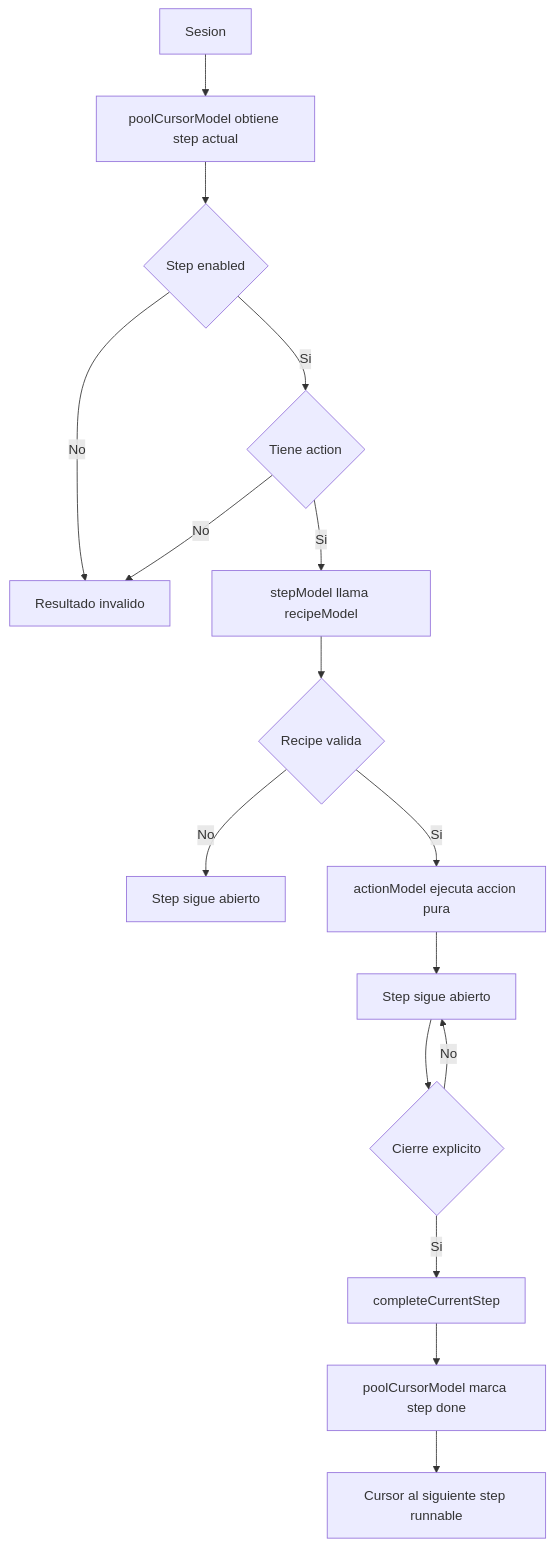
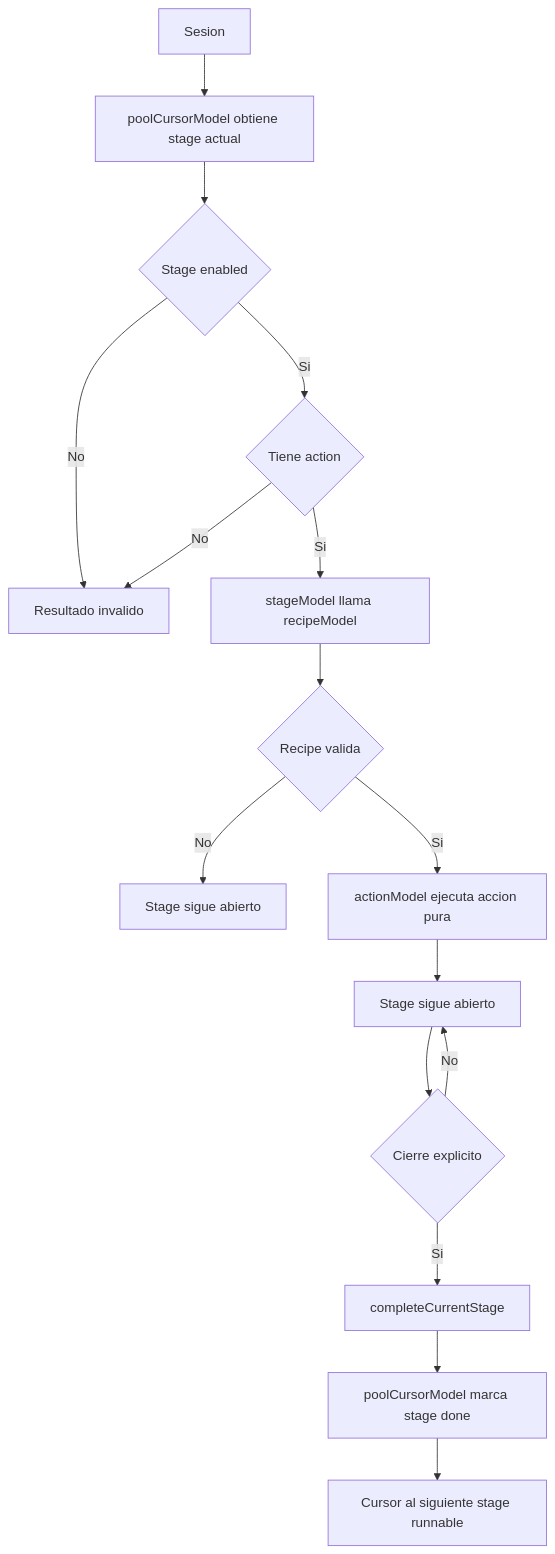
One commit to juanramonmorandeira/castronegro-director changed the third of 14 diagrams in docs/engine_flow_map.md. Above: the diagram before and after it, drawn with Mermaid. The commit also changed other lines of this file and 41 other files, not shown here.

````diff
--- a/docs/engine_flow_map.md
+++ b/docs/engine_flow_map.md
@@ -154,18 +163,18 @@
 ```mermaid
 graph TD
-  A[Sesion] --> B[poolCursorModel obtiene step actual]
-  B --> C{Step enabled}
+  A[Sesion] --> B[poolCursorModel obtiene stage actual]
+  B --> C{Stage enabled}
   C -->|No| D[Resultado invalido]
   C -->|Si| E{Tiene action}
   E -->|No| D
-  E -->|Si| F[stepModel llama recipeModel]
+  E -->|Si| F[stageModel llama recipeModel]
   F --> G{Recipe valida}
-  G -->|No| H[Step sigue abierto]
+  G -->|No| H[Stage sigue abierto]
   G -->|Si| I[actionModel ejecuta accion pura]
-  I --> J[Step sigue abierto]
+  I --> J[Stage sigue abierto]
   J --> K{Cierre explicito}
   K -->|No| J
-  K -->|Si| L[completeCurrentStep]
-  L --> M[poolCursorModel marca step done]
-  M --> N[Cursor al siguiente step runnable]
+  K -->|Si| L[completeCurrentStage]
+  L --> M[poolCursorModel marca stage done]
+  M --> N[Cursor al siguiente stage runnable]
 ```
````
